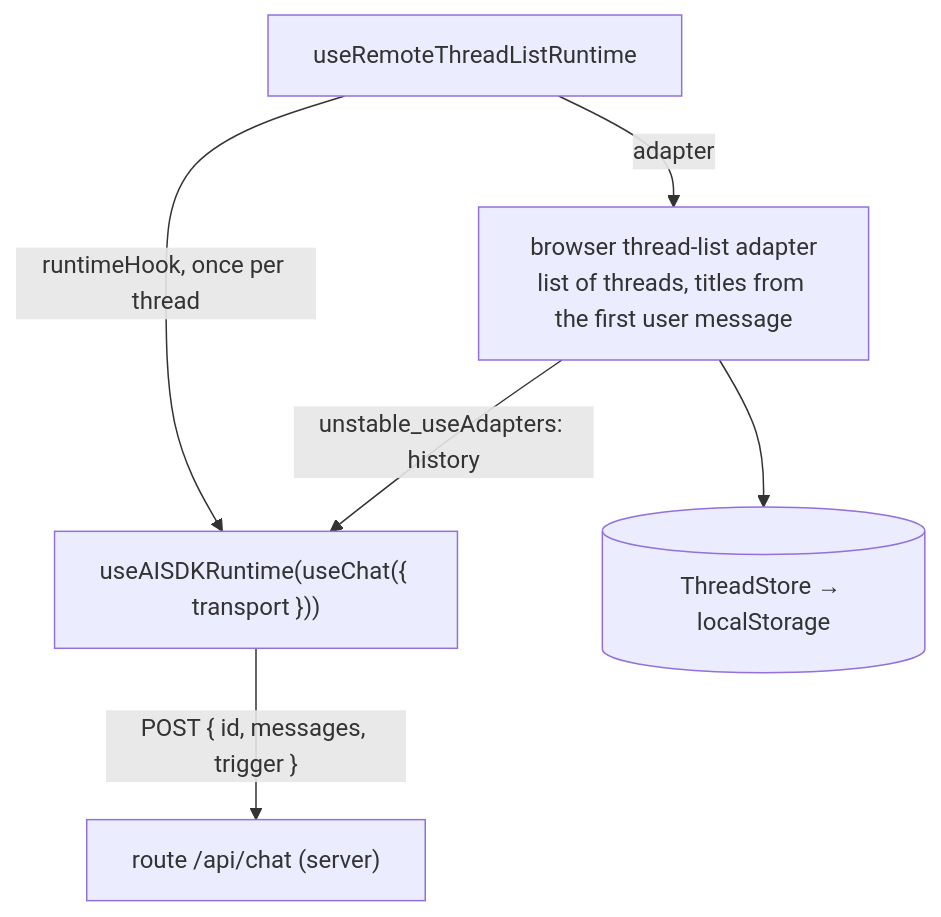
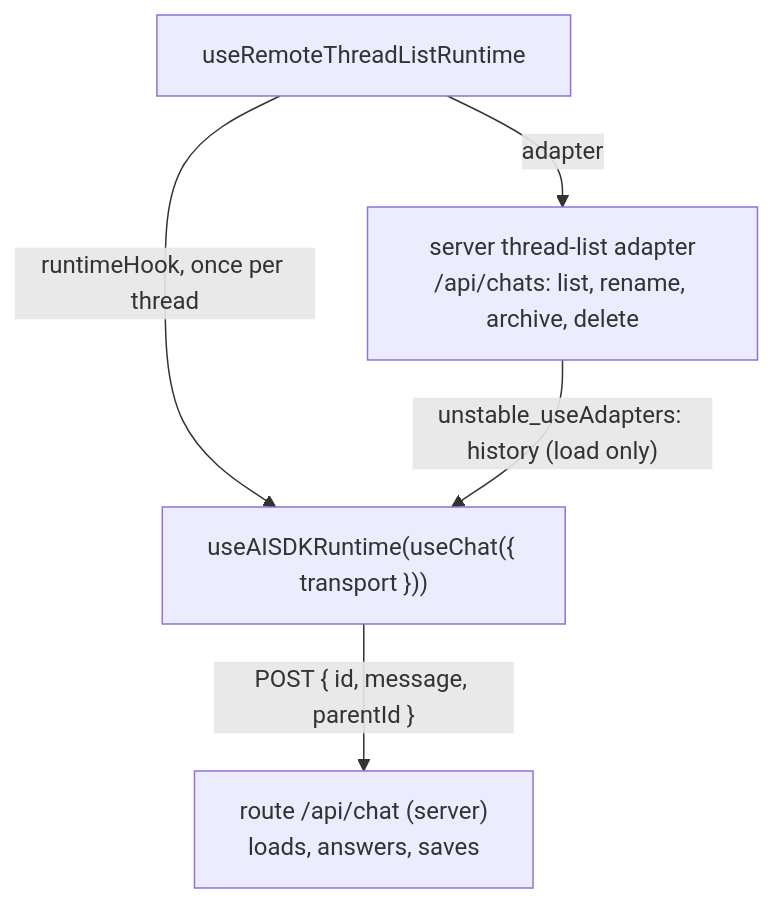
One commit to promptfolios/promptfolio changed the diagram in docs/learning/chat-runtime-and-threads.md. Above: the diagram before and after it, drawn with Mermaid. The commit also changed other lines of this file and 33 other files, not shown here.

````diff
--- a/docs/learning/chat-runtime-and-threads.md
+++ b/docs/learning/chat-runtime-and-threads.md
@@ -26,8 +26,7 @@
 ```mermaid
 flowchart TD
-    list["useRemoteThreadListRuntime"] -- adapter --> adapter["browser thread-list adapter<br/>list of threads, titles from the first user message"]
+    list["useRemoteThreadListRuntime"] -- adapter --> adapter["server thread-list adapter<br/>/api/chats: list, rename, archive, delete"]
     list -- "runtimeHook, once per thread" --> thread["useAISDKRuntime(useChat({ transport }))"]
-    adapter -- "unstable_useAdapters: history" --> thread
-    adapter --> store[("ThreadStore → localStorage")]
-    thread -- "POST { id, messages, trigger }" --> route["route /api/chat (server)"]
+    adapter -- "unstable_useAdapters: history (load only)" --> thread
+    thread -- "POST { id, message, parentId }" --> route["route /api/chat (server)<br/>loads, answers, saves"]
 ```
````
